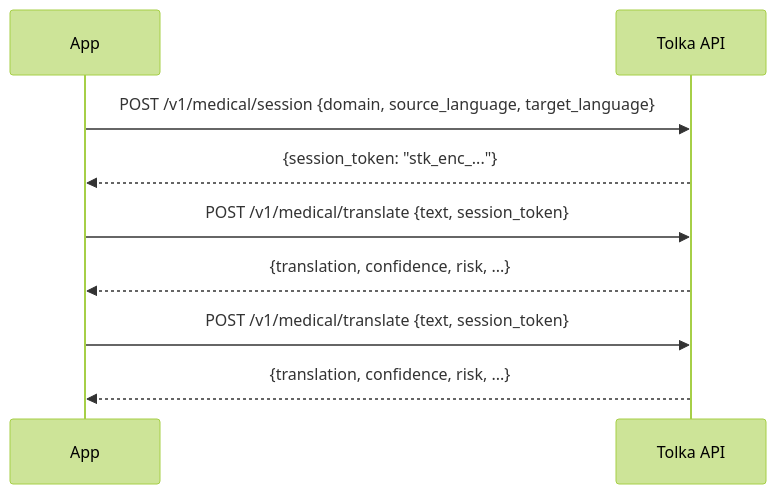
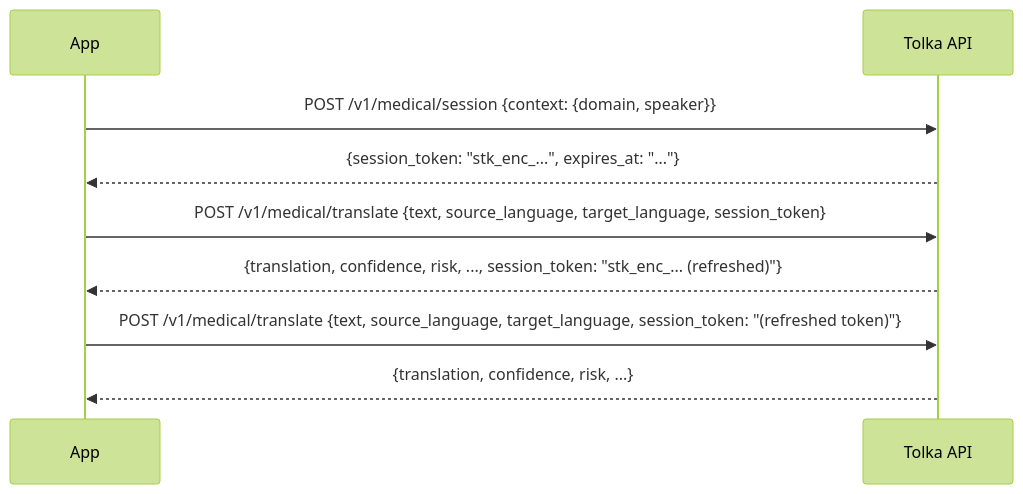
Before and after one commit to tolka-health/docs: the diagram in src/content/docs/concepts/sessions.mdx, drawn with Mermaid (forest theme). The commit also changed other lines of this file and 20 other files, not shown here.

````diff
--- a/src/content/docs/concepts/sessions.mdx
+++ b/src/content/docs/concepts/sessions.mdx
@@ -20,11 +21,11 @@
 ```mermaid
 sequenceDiagram
   participant App
   participant Tolka API
-  App->>Tolka API: POST /v1/medical/session {domain, source_language, target_language}
-  Tolka API-->>App: {session_token: "stk_enc_..."}
-  App->>Tolka API: POST /v1/medical/translate {text, session_token}
-  Tolka API-->>App: {translation, confidence, risk, ...}
-  App->>Tolka API: POST /v1/medical/translate {text, session_token}
+  App->>Tolka API: POST /v1/medical/session {context: {domain, speaker}}
+  Tolka API-->>App: {session_token: "stk_enc_...", expires_at: "..."}
+  App->>Tolka API: POST /v1/medical/translate {text, source_language, target_language, session_token}
+  Tolka API-->>App: {translation, confidence, risk, ..., session_token: "stk_enc_... (refreshed)"}
+  App->>Tolka API: POST /v1/medical/translate {text, source_language, target_language, session_token: "(refreshed token)"}
   Tolka API-->>App: {translation, confidence, risk, ...}
 ```
````
